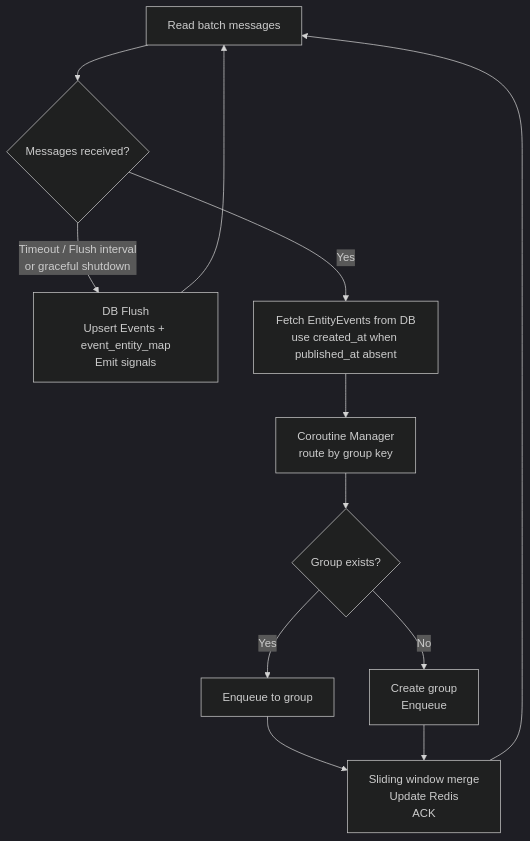
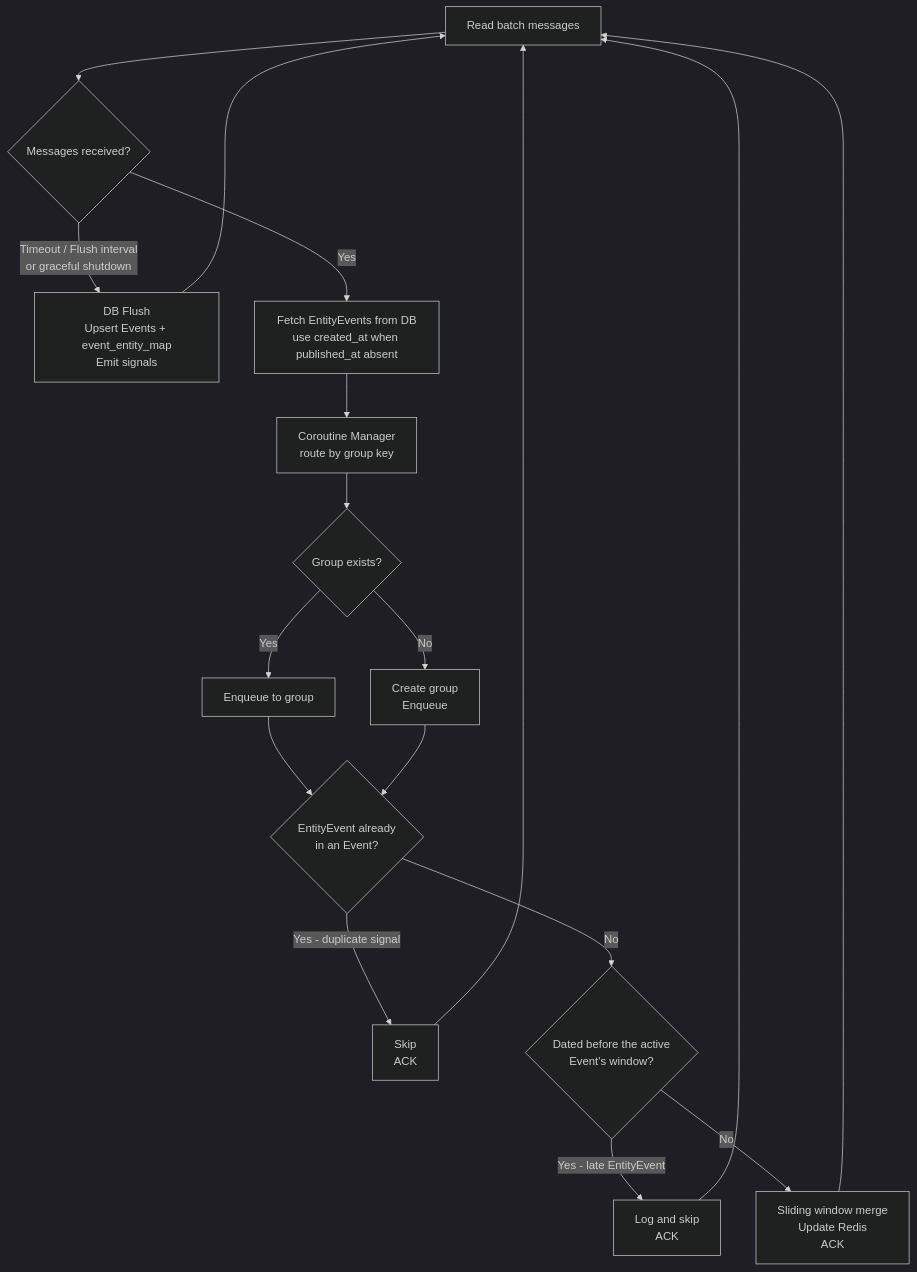
Before and after one commit to mars-xiaoyi/wealthfinder: the third of 5 diagrams in stock-assistant-pipeline-intelligence/docs/system-design.md, drawn with Mermaid (dark theme). The commit also changed other lines of this file and 1 other file, not shown here.

````diff
--- a/stock-assistant-pipeline-intelligence/docs/system-design.md
+++ b/stock-assistant-pipeline-intelligence/docs/system-design.md
@@ -265,14 +277,20 @@
 ```mermaid
 flowchart TD
     A[Read batch messages] --> B{Messages received?}
     B -->|Timeout / Flush interval\nor graceful shutdown| D[DB Flush\nUpsert Events + event_entity_map\nEmit signals]
     B -->|Yes| C[Fetch EntityEvents from DB\nuse created_at when published_at absent]
     C --> E[Coroutine Manager\nroute by group key]
     E --> F{Group exists?}
     F -->|Yes| G[Enqueue to group]
     F -->|No| H[Create group\nEnqueue]
-    G --> I[Sliding window merge\nUpdate Redis\nACK]
-    H --> I
+    G --> J{EntityEvent already\nin an Event?}
+    H --> J
+    J -->|Yes - duplicate signal| K[Skip\nACK]
+    J -->|No| L{Dated before the active\nEvent's window?}
+    L -->|Yes - late EntityEvent| M[Log and skip\nACK]
+    L -->|No| I[Sliding window merge\nUpdate Redis\nACK]
+    K --> A
+    M --> A
     I --> A
     D --> A
 ```
````
